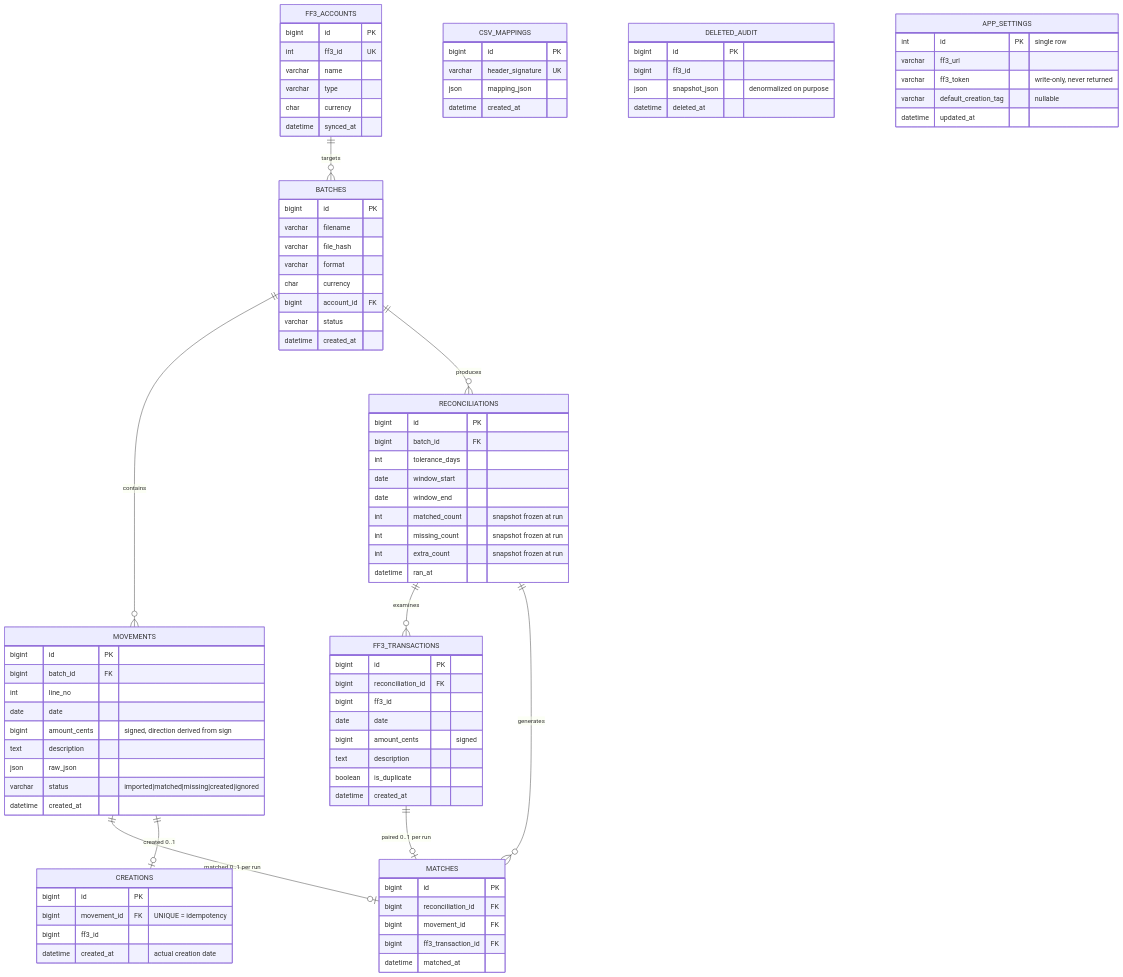
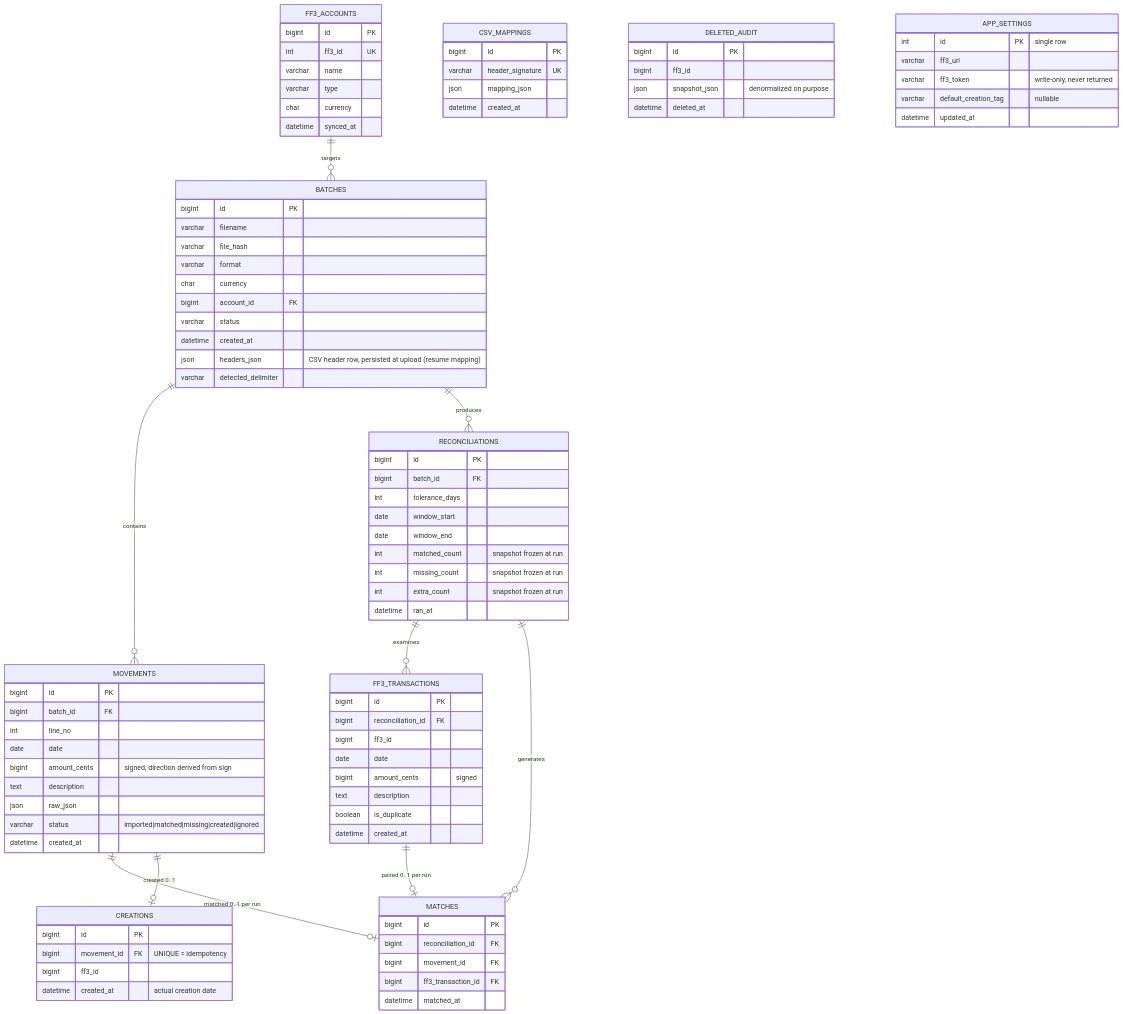
Before and after one commit to eldelahoz/firefly-manager-movement: the second of 2 diagrams in docs/specs/2026-08-14-trd-architecture-technique.md, drawn with Mermaid. The commit also changed other lines of this file and 11 other files, not shown here.

First line of the commit message:
feat(frontend): explicit Next to parse upload; resume restores persisted columns

```diff
--- a/docs/specs/2026-08-14-trd-architecture-technique.md
+++ b/docs/specs/2026-08-14-trd-architecture-technique.md
@@ -58,6 +58,8 @@
         bigint account_id FK
         varchar status
         datetime created_at
+        json headers_json "CSV header row, persisted at upload (resume mapping)"
+        varchar detected_delimiter
     }
     MOVEMENTS {
         bigint id PK
```
